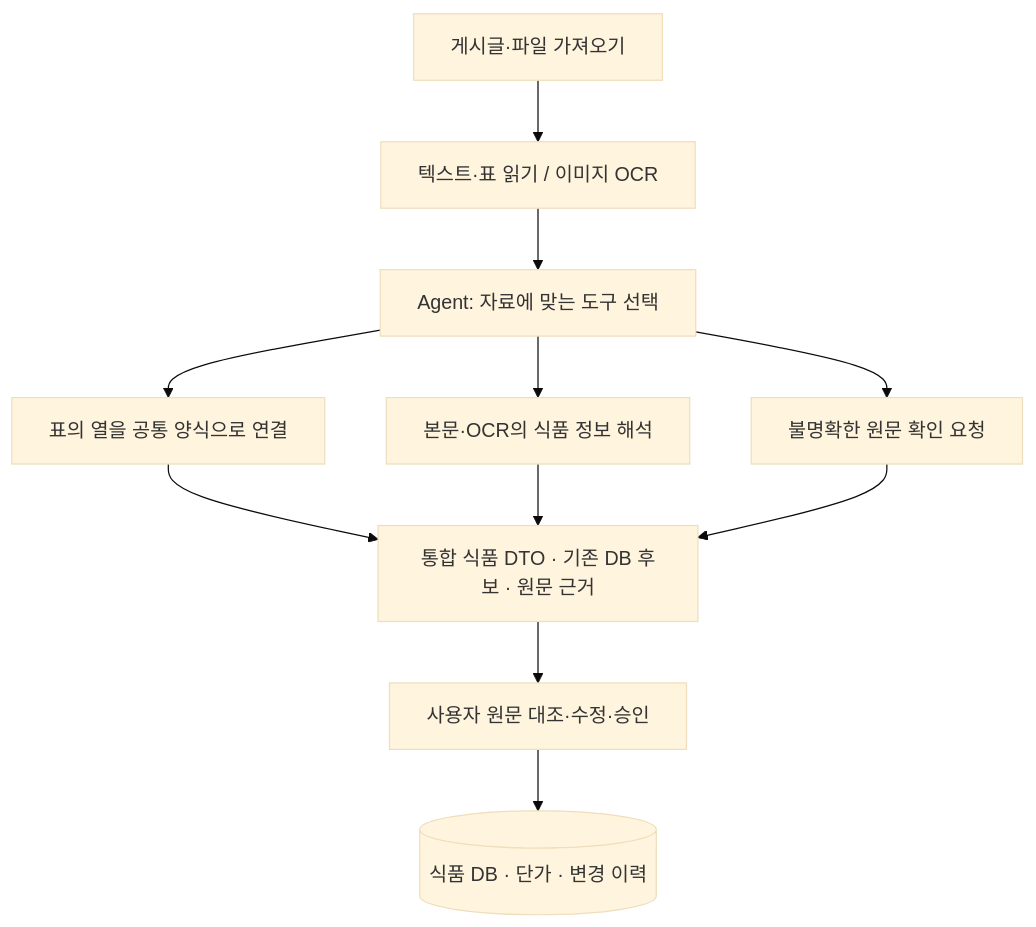
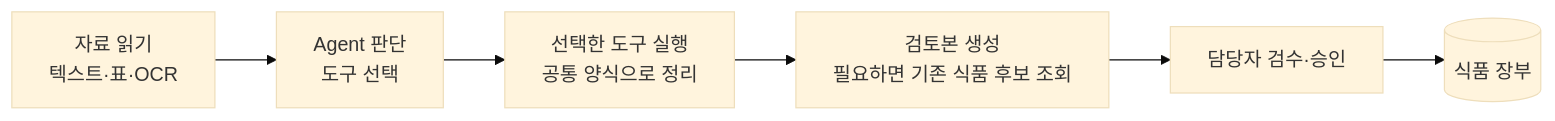
Before and after one commit to SKALA-G116/skala-FMS: the first of 2 diagrams in README.md, drawn with Mermaid (base theme). The commit also changed other lines of this file and 5 other files, not shown here.

````diff
--- a/README.md
+++ b/README.md
@@ -96,13 +94,8 @@
 ```mermaid
-flowchart TD
-    A[게시글·파일 가져오기] --> B[텍스트·표 읽기 / 이미지 OCR]
-    B --> C[Agent: 자료에 맞는 도구 선택]
-    C --> D[표의 열을 공통 양식으로 연결]
-    C --> E[본문·OCR의 식품 정보 해석]
-    C --> F[불명확한 원문 확인 요청]
-    D --> G[통합 식품 DTO · 기존 DB 후보 · 원문 근거]
-    E --> G
-    F --> G
-    G --> H[사용자 원문 대조·수정·승인]
-    H --> I[(식품 DB · 단가 · 변경 이력)]
+flowchart LR
+    A[자료 읽기<br/>텍스트·표·OCR] --> B[Agent 판단<br/>도구 선택]
+    B --> C[선택한 도구 실행<br/>공통 양식으로 정리]
+    C --> D[검토본 생성<br/>필요하면 기존 식품 후보 조회]
+    D --> E[담당자 검수·승인]
+    E --> F[(식품 장부)]
 ```
````
